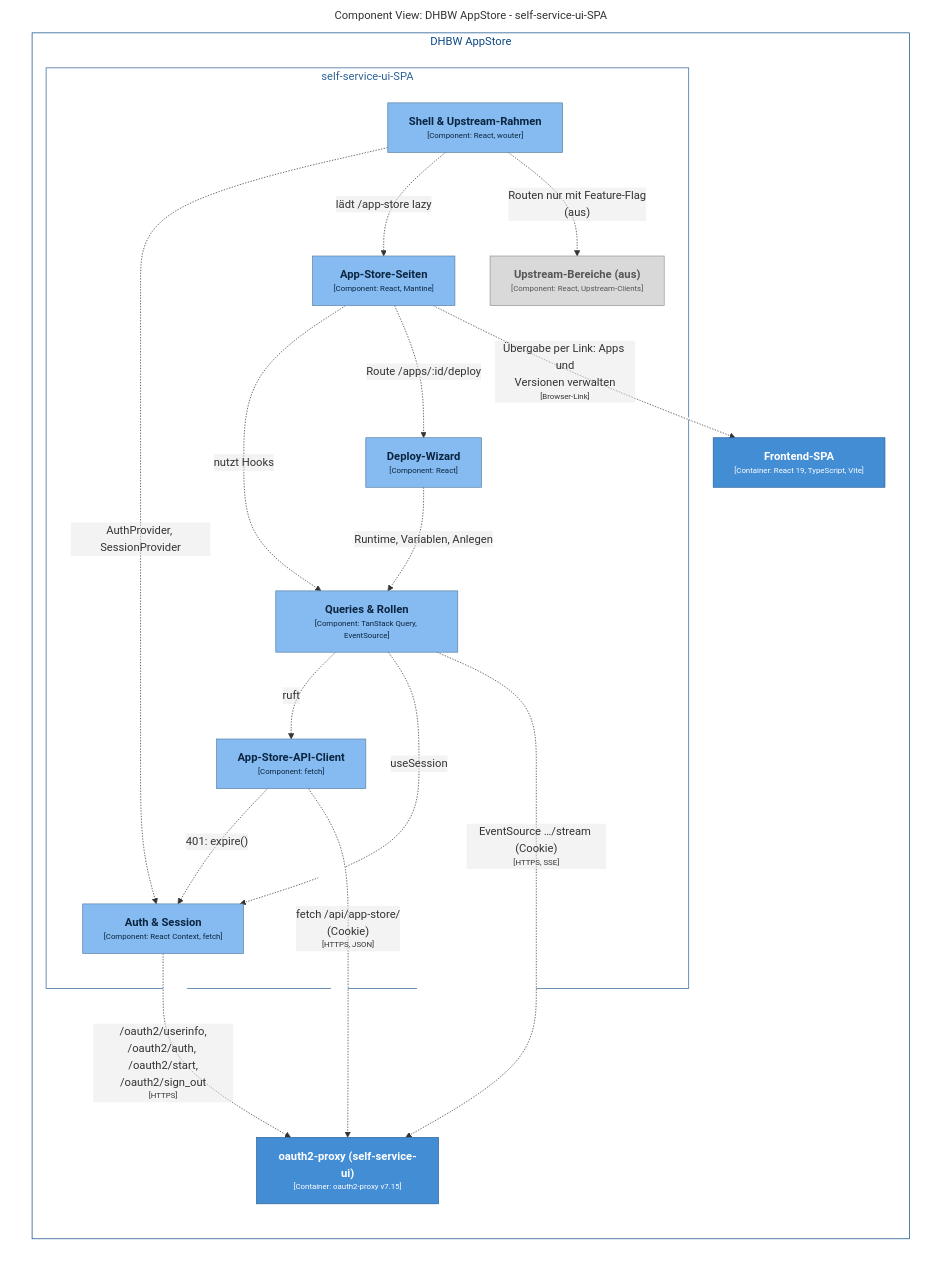
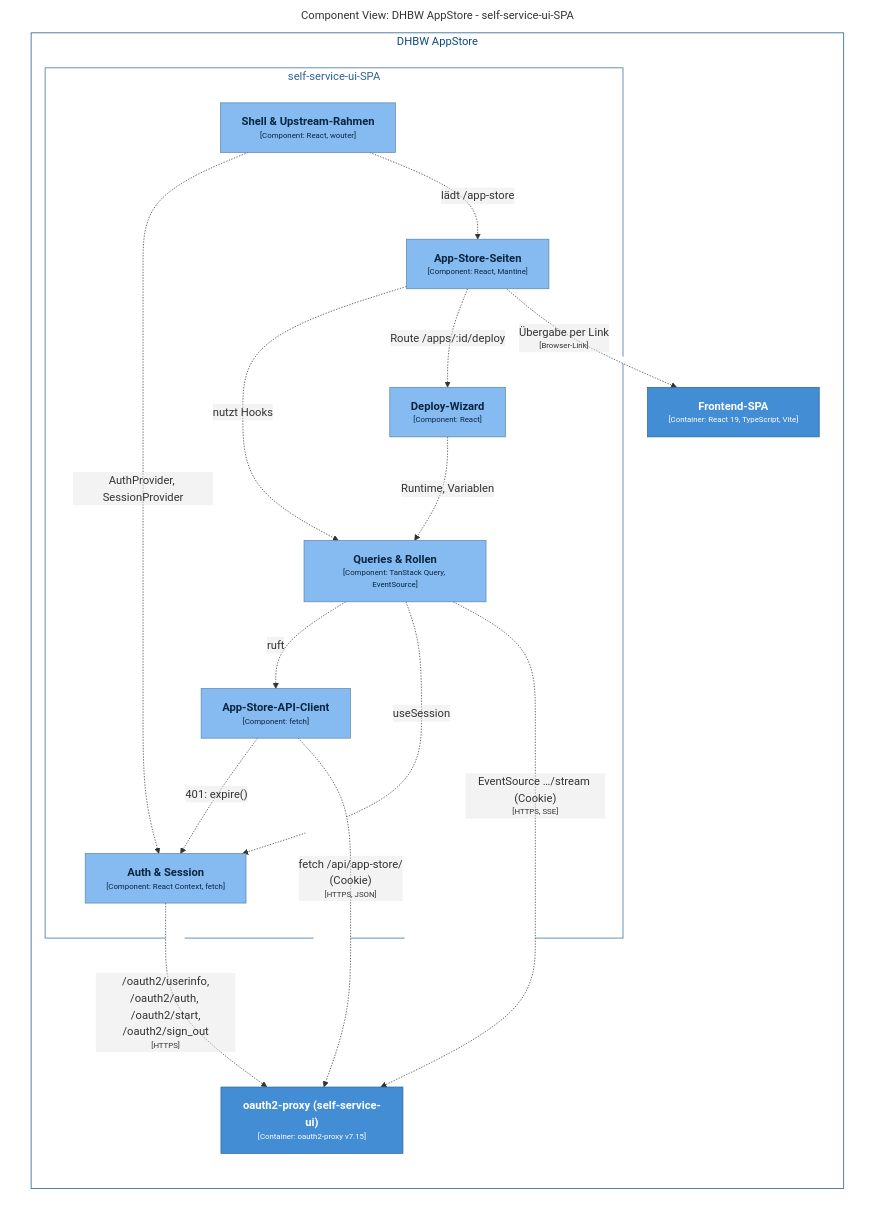
One commit to DHBW-AppStore-T3/frontend changed the fifth of 19 diagrams in docs/architecture/architecture.md. Above: the diagram before and after it, drawn with Mermaid. The commit also changed other lines of this file and 1 other file, not shown here.

Commit message:
doku verbessert architekturdiagramm

````diff
--- a/docs/architecture/architecture.md
+++ b/docs/architecture/architecture.md
@@ -355,54 +356,52 @@
 ```mermaid
 graph TB
   linkStyle default fill:#ffffff,color:#333333
 
   subgraph diagram ["Component View: DHBW AppStore - self-service-ui-SPA"]
       direction TB
     style diagram fill:#ffffff,stroke:#ffffff
 
     subgraph 8 ["DHBW AppStore"]
       direction TB
       style 8 fill:#ffffff,stroke:#0b4884,color:#0b4884
 
       subgraph 27 ["self-service-ui-SPA"]
       direction TB
         style 27 fill:#ffffff,stroke:#2e6295,color:#2e6295
 
         28["<div style='font-weight: bold'>Shell & Upstream-Rahmen</div><div style='font-size: 70%; margin-top: 0px'>[Component: React, wouter]</div>"]
         style 28 fill:#85bbf0,stroke:#5d82a8,color:#0b2540
         29["<div style='font-weight: bold'>Auth & Session</div><div style='font-size: 70%; margin-top: 0px'>[Component: React Context, fetch]</div>"]
         style 29 fill:#85bbf0,stroke:#5d82a8,color:#0b2540
         30["<div style='font-weight: bold'>App-Store-Seiten</div><div style='font-size: 70%; margin-top: 0px'>[Component: React, Mantine]</div>"]
         style 30 fill:#85bbf0,stroke:#5d82a8,color:#0b2540
         31["<div style='font-weight: bold'>Deploy-Wizard</div><div style='font-size: 70%; margin-top: 0px'>[Component: React]</div>"]
         style 31 fill:#85bbf0,stroke:#5d82a8,color:#0b2540
         32["<div style='font-weight: bold'>Queries & Rollen</div><div style='font-size: 70%; margin-top: 0px'>[Component: TanStack Query, EventSource]</div>"]
         style 32 fill:#85bbf0,stroke:#5d82a8,color:#0b2540
         33["<div style='font-weight: bold'>App-Store-API-Client</div><div style='font-size: 70%; margin-top: 0px'>[Component: fetch]</div>"]
         style 33 fill:#85bbf0,stroke:#5d82a8,color:#0b2540
-        34["<div style='font-weight: bold'>Upstream-Bereiche (aus)</div><div style='font-size: 70%; margin-top: 0px'>[Component: React, Upstream-Clients]</div>"]
-        style 34 fill:#d9d9d9,stroke:#979797,color:#555555
+
       end
 
       10["<div style='font-weight: bold'>Frontend-SPA</div><div style='font-size: 70%; margin-top: 0px'>[Container: React 19, TypeScript, Vite]</div>"]
       style 10 fill:#438dd5,stroke:#2e6295,color:#ffffff
       25["<div style='font-weight: bold'>oauth2-proxy (self-service-ui)</div><div style='font-size: 70%; margin-top: 0px'>[Container: oauth2-proxy v7.15]</div>"]
       style 25 fill:#438dd5,stroke:#2e6295,color:#ffffff
     end
 
     28-. "<div>AuthProvider, SessionProvider</div><div style='font-size: 70%'></div>" .->29
-    28-. "<div>lädt /app-store lazy</div><div style='font-size: 70%'></div>" .->30
-    28-. "<div>Routen nur mit Feature-Flag<br />(aus)</div><div style='font-size: 70%'></div>" .->34
+    28-. "<div>lädt /app-store </div><div style='font-size: 70%'></div>" .->30
     30-. "<div>nutzt Hooks</div><div style='font-size: 70%'></div>" .->32
     30-. "<div>Route /apps/:id/deploy</div><div style='font-size: 70%'></div>" .->31
-    30-. "<div>Übergabe per Link: Apps und<br />Versionen verwalten</div><div style='font-size: 70%'>[Browser-Link]</div>" .->10
-    31-. "<div>Runtime, Variablen, Anlegen</div><div style='font-size: 70%'></div>" .->32
+    30-. "<div>Übergabe per Link<br /></div><div style='font-size: 70%'>[Browser-Link]</div>" .->10
+    31-. "<div>Runtime, Variablen</div><div style='font-size: 70%'></div>" .->32
     32-. "<div>ruft</div><div style='font-size: 70%'></div>" .->33
     32-. "<div>useSession</div><div style='font-size: 70%'></div>" .->29
     33-. "<div>401: expire()</div><div style='font-size: 70%'></div>" .->29
     33-. "<div>fetch /api/app-store/<br />(Cookie)</div><div style='font-size: 70%'>[HTTPS, JSON]</div>" .->25
     32-. "<div>EventSource …/stream (Cookie)</div><div style='font-size: 70%'>[HTTPS, SSE]</div>" .->25
     29-. "<div>/oauth2/userinfo,<br />/oauth2/auth, /oauth2/start,<br />/oauth2/sign_out</div><div style='font-size: 70%'>[HTTPS]</div>" .->25
 
   end
 ```
````
